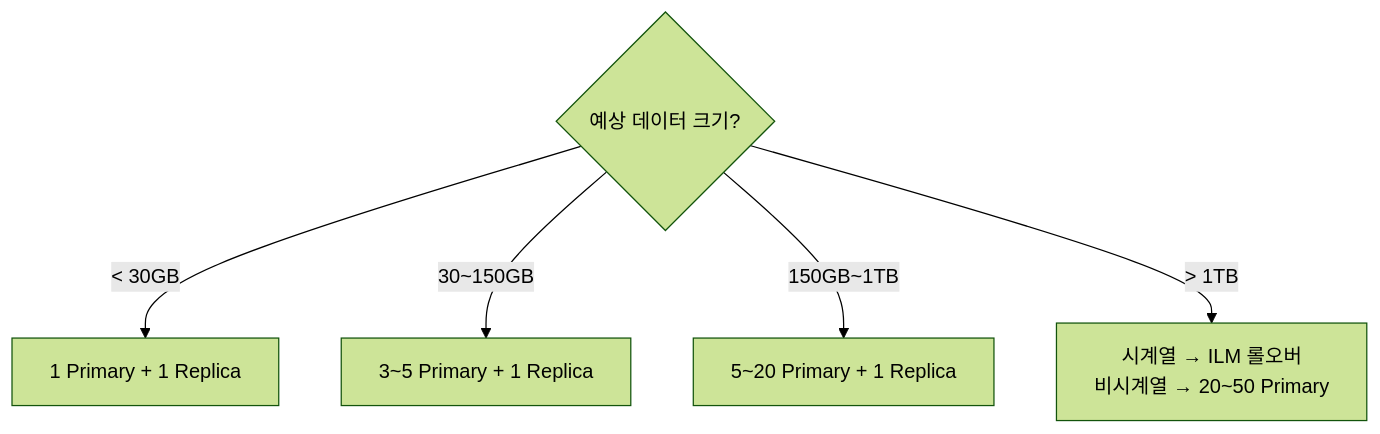
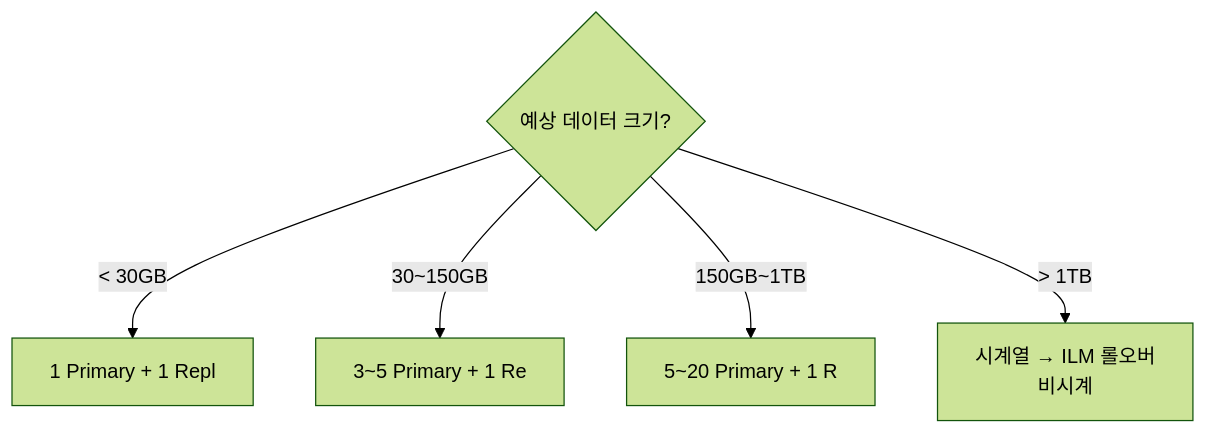
One commit to yjkim2015/yjkim2015.github.io changed the sixth of 7 diagrams in _posts/nosql/2026-05-03-elasticsearch-deep.md. Above: the diagram before and after it, drawn with Mermaid (forest theme). The commit also changed other lines of this file and 271 other files, not shown here.

First line of the commit message:
Mermaid 라벨 축소: 긴 노드 텍스트 18자 이하로 트림 + \n 제거

````diff
--- a/_posts/nosql/2026-05-03-elasticsearch-deep.md
+++ b/_posts/nosql/2026-05-03-elasticsearch-deep.md
@@ -519,7 +519,7 @@
 ```mermaid
 flowchart TD
-    Q1{"예상 데이터 크기?"} --> |"< 30GB"| S1["1 Primary + 1 Replica"]
-    Q1 --> |"30~150GB"| S3["3~5 Primary + 1 Replica"]
-    Q1 --> |"150GB~1TB"| S10["5~20 Primary + 1 Replica"]
-    Q1 --> |"> 1TB"| ILM["시계열 → ILM 롤오버\n비시계열 → 20~50 Primary"]
+    Q1{"예상 데이터 크기?"} --> |"< 30GB"| S1["1 Primary + 1 Repl"]
+    Q1 --> |"30~150GB"| S3["3~5 Primary + 1 Re"]
+    Q1 --> |"150GB~1TB"| S10["5~20 Primary + 1 R"]
+    Q1 --> |"> 1TB"| ILM["시계열 → ILM 롤오버\n비시계"]
 ```
````
